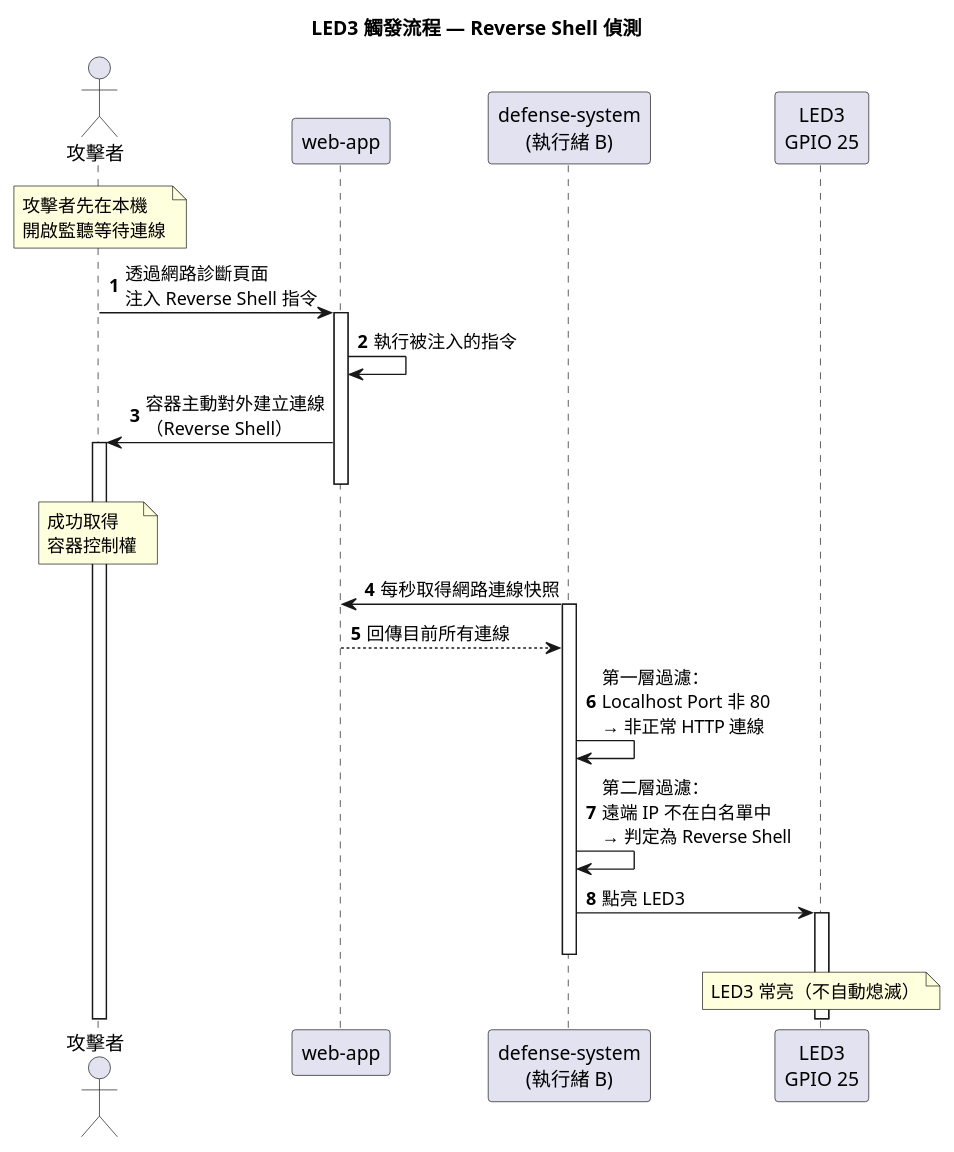
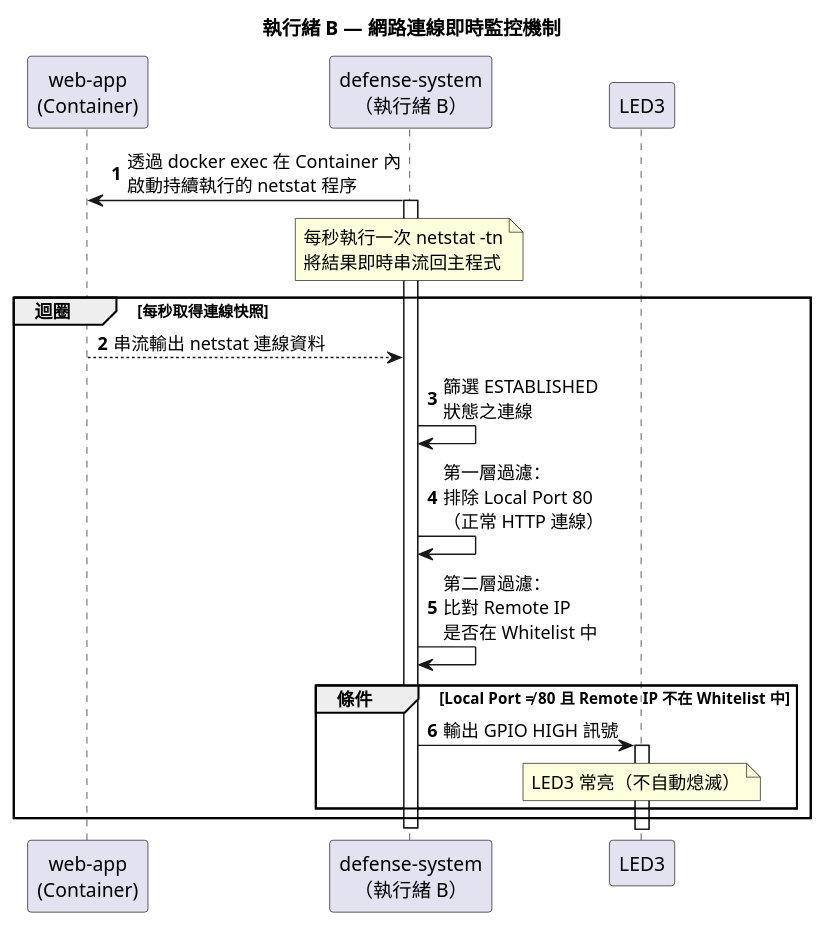
Before and after one commit to zyyuy0u/Physic-Flag-CTF: the third of 3 diagrams in docs/sequence-diagrams.puml, drawn with PlantUML. The commit also changed other lines of this file and 5 other files, not shown here.

```diff
--- a/docs/sequence-diagrams.puml
+++ b/docs/sequence-diagrams.puml
@@ -141,37 +108,35 @@
-@startuml 04_led3_reverse_shell
-title LED3 觸發流程 — Reverse Shell 偵測
+@startuml 03_thread_b_netstat_monitor
+title 執行緒 B — 網路連線即時監控機制
 
-actor "攻擊者" as Attacker
-participant "web-app" as Web
-participant "defense-system\n(執行緒 B)" as ThreadB
-participant "LED3\nGPIO 25" as LED3
+participant "web-app\n(Container)" as Web
+participant "defense-system\n（執行緒 B）" as ThreadB
+participant "LED3" as LED3
 
 autonumber
 
-note over Attacker: 攻擊者先在本機\n開啟監聽等待連線
+ThreadB -> Web: 透過 docker exec 在 Container 內\n啟動持續執行的 netstat 程序
+activate ThreadB
 
-Attacker -> Web: 透過網路診斷頁面\n注入 Reverse Shell 指令
-activate Web
+note over ThreadB: 每秒執行一次 netstat -tn\n將結果即時串流回主程式
 
-Web -> Web: 執行被注入的指令
+group 迴圈 [每秒取得連線快照]
 
-Web -> Attacker: 容器主動對外建立連線\n（Reverse Shell）
-activate Attacker
-note over Attacker: 成功取得\n容器控制權
-deactivate Web
+  Web --> ThreadB: 串流輸出 netstat 連線資料
 
-ThreadB -> Web: 每秒取得網路連線快照
-activate ThreadB
-Web --> ThreadB: 回傳目前所有連線
+  ThreadB -> ThreadB: 篩選 ESTABLISHED\n狀態之連線
 
-ThreadB -> ThreadB: 第一層過濾：\nLocalhost Port 非 80\n→ 非正常 HTTP 連線
+  ThreadB -> ThreadB: 第一層過濾：\n排除 Local Port 80\n（正常 HTTP 連線）
 
-ThreadB -> ThreadB: 第二層過濾：\n遠端 IP 不在白名單中\n→ 判定為 Reverse Shell
+  ThreadB -> ThreadB: 第二層過濾：\n比對 Remote IP\n是否在 Whitelist 中
 
-ThreadB -> LED3: 點亮 LED3
-activate LED3
-note over LED3: LED3 常亮（不自動熄滅）
+  group 條件 [Local Port ≠ 80 且 Remote IP 不在 Whitelist 中]
+    ThreadB -> LED3: 輸出 GPIO HIGH 訊號
+    activate LED3
+    note over LED3: LED3 常亮（不自動熄滅）
+  end
+
+end
 
 deactivate ThreadB
 
 @enduml
```
